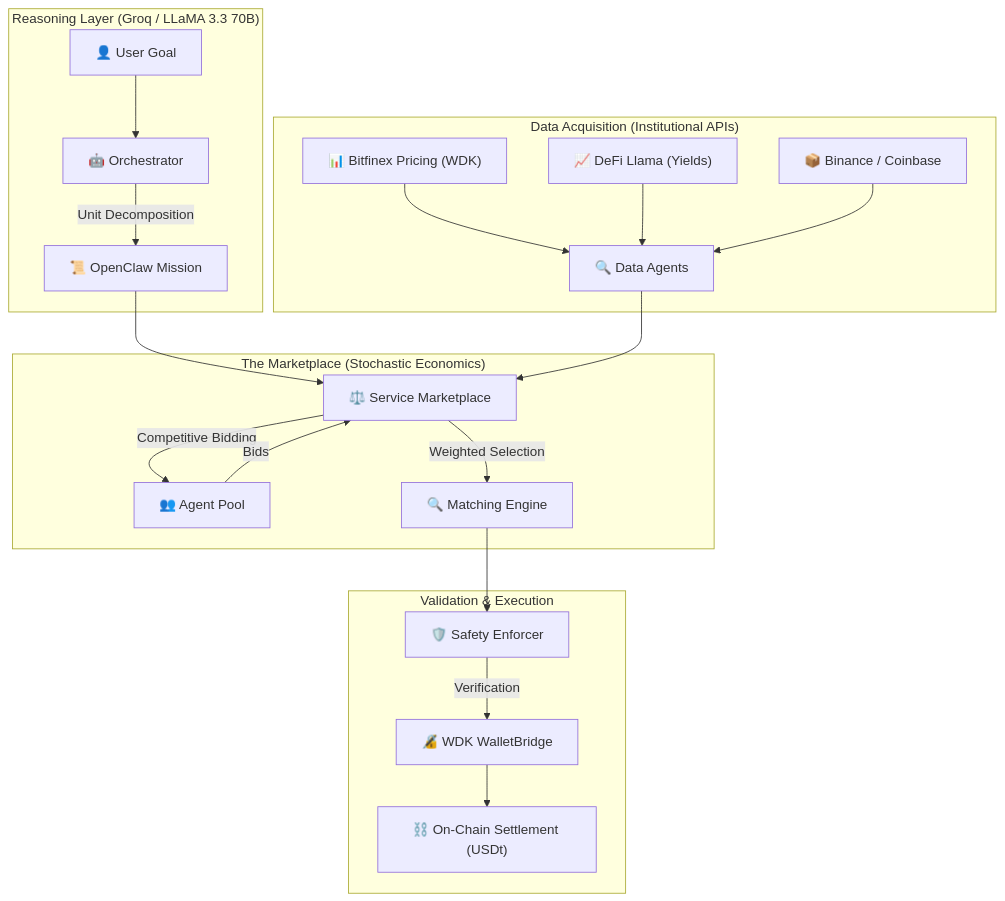
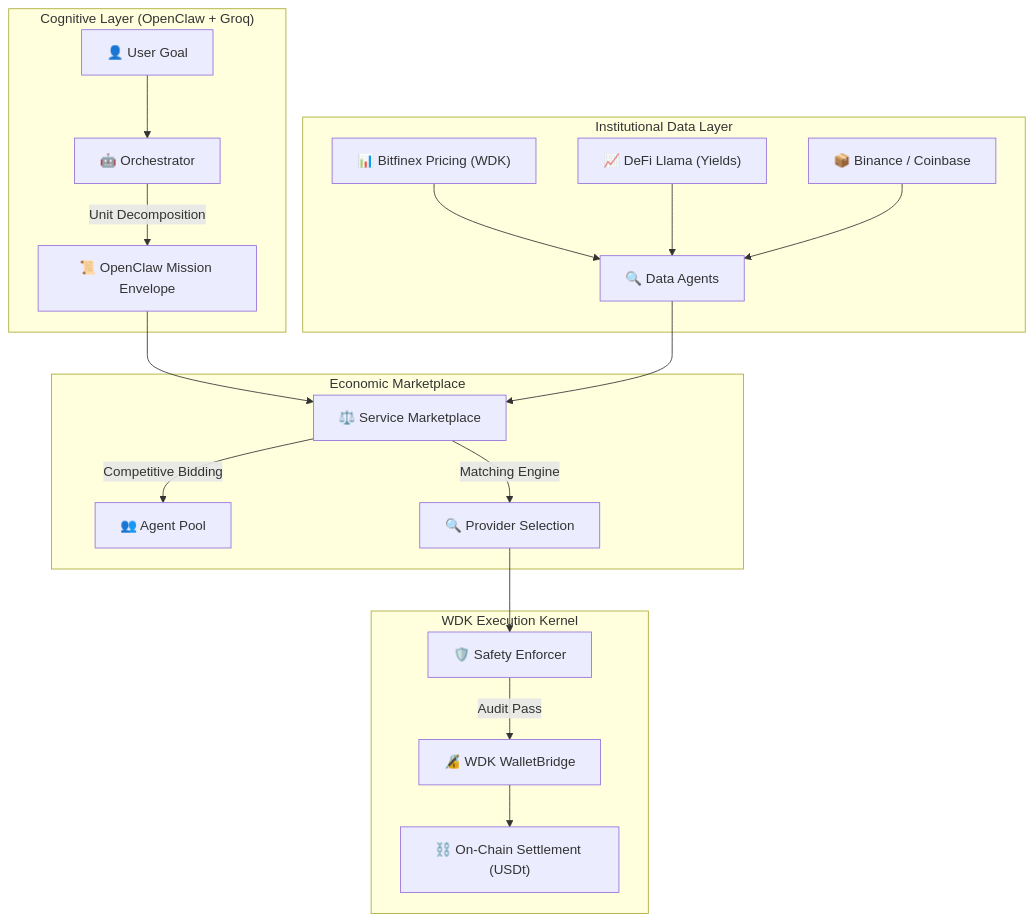
The diagram in README.md (nevan-sonic/nevorax), drawn with Mermaid before and after one commit. The commit also changed other lines of this file, not shown here.

````diff
--- a/README.md
+++ b/README.md
@@ -30,27 +30,26 @@
 ```mermaid
 graph TD
-    subgraph "Reasoning Layer (Groq / LLaMA 3.3 70B)"
+    subgraph "Cognitive Layer (OpenClaw + Groq)"
         A["👤 User Goal"] --> B["🤖 Orchestrator"]
-        B -->|Unit Decomposition| C["📜 OpenClaw Mission"]
+        B -->|Unit Decomposition| C["📜 OpenClaw Mission Envelope"]
     end
 
-    subgraph "Data Acquisition (Institutional APIs)"
+    subgraph "Institutional Data Layer"
         D["📊 Bitfinex Pricing (WDK)"] --> E["🔍 Data Agents"]
         F["📈 DeFi Llama (Yields)"] --> E
         G["📦 Binance / Coinbase"] --> E
     end
 
-    subgraph "The Marketplace (Stochastic Economics)"
+    subgraph "Economic Marketplace"
         C --> H["⚖️ Service Marketplace"]
         E --> H
         H -->|Competitive Bidding| I["👥 Agent Pool"]
-        I -->|Bids| H
-        H -->|Weighted Selection| J["🔍 Matching Engine"]
+        H -->|Matching Engine| J["🔍 Provider Selection"]
     end
 
-    subgraph "Validation & Execution"
+    subgraph "WDK Execution Kernel"
         J --> K["🛡️ Safety Enforcer"]
-        K -->|Verification| L["🔏 WDK WalletBridge"]
+        K -->|Audit Pass| L["🔏 WDK WalletBridge"]
         L --> M["⛓️ On-Chain Settlement (USDt)"]
     end
 ```
````
